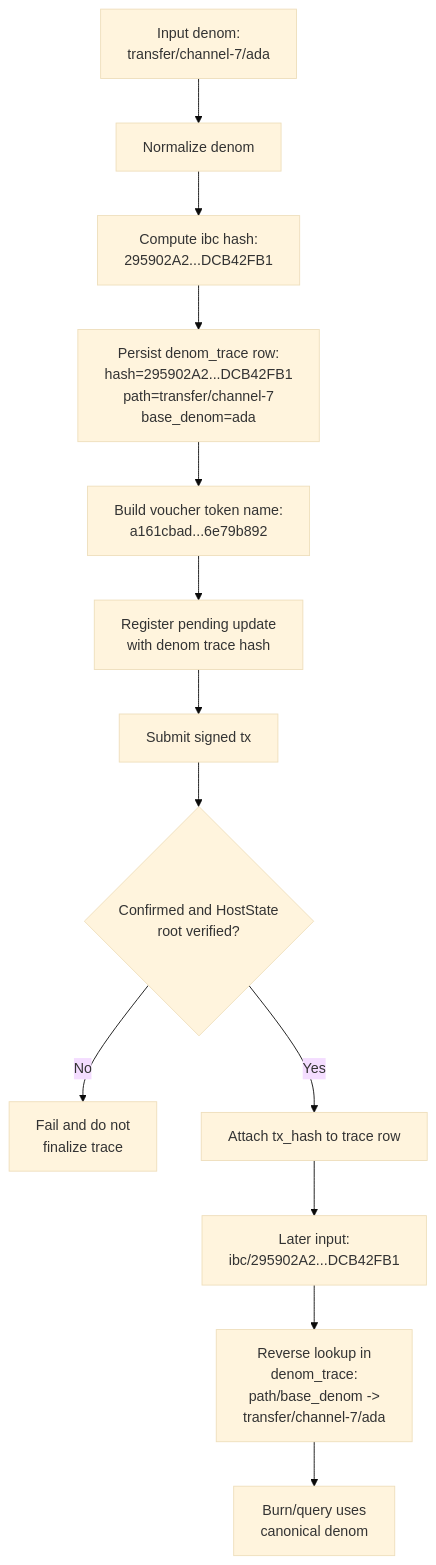
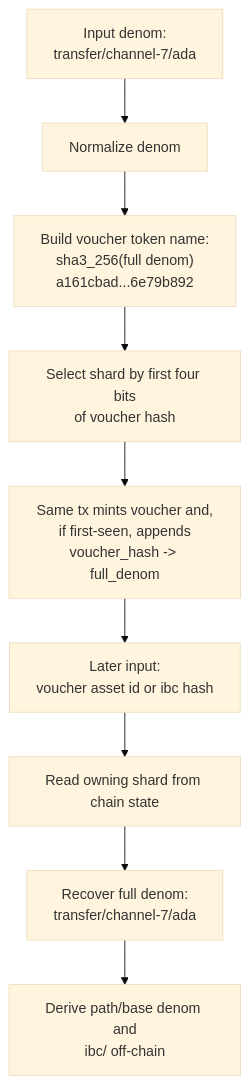
Before and after one commit to cardano-foundation/cardano-ibc-incubator: the diagram in docs/denom-trace-mapping.md, drawn with Mermaid (base theme). The commit also changed other lines of this file and 38 other files, not shown here.

Commit message:
cardano: move voucher denom traces on chain

````diff
--- a/docs/denom-trace-mapping.md
+++ b/docs/denom-trace-mapping.md
@@ -11,15 +12,11 @@
 ```mermaid
 flowchart TB
   A["Input denom:<br/>transfer/channel-7/ada"] --> B["Normalize denom"]
-  B --> C["Compute ibc hash:<br/>295902A2...DCB42FB1"]
-  C --> D["Persist denom_trace row:<br/>hash=295902A2...DCB42FB1<br/>path=transfer/channel-7<br/>base_denom=ada"]
-  D --> E["Build voucher token name:<br/>a161cbad...6e79b892"]
-  E --> J["Register pending update<br/>with denom trace hash"]
-  J --> K["Submit signed tx"]
-  K --> L{"Confirmed and HostState<br/>root verified?"}
-  L -->|No| M["Fail and do not<br/>finalize trace"]
-  L -->|Yes| N["Attach tx_hash to trace row"]
-  N --> O["Later input:<br/>ibc/295902A2...DCB42FB1"]
-  O --> P["Reverse lookup in<br/>denom_trace:<br/>path/base_denom -><br/>transfer/channel-7/ada"]
-  P --> Q["Burn/query uses<br/>canonical denom"]
+  B --> C["Build voucher token name:<br/>sha3_256(full denom)<br/>a161cbad...6e79b892"]
+  C --> D["Select shard by first four bits<br/>of voucher hash"]
+  D --> E["Same tx mints voucher and,<br/>if first-seen, appends<br/>voucher_hash -> full_denom"]
+  E --> F["Later input:<br/>voucher asset id or ibc hash"]
+  F --> G["Read owning shard from chain state"]
+  G --> H["Recover full denom:<br/>transfer/channel-7/ada"]
+  H --> I["Derive path/base denom and<br/>ibc/<hash> off-chain"]
 ```
````
